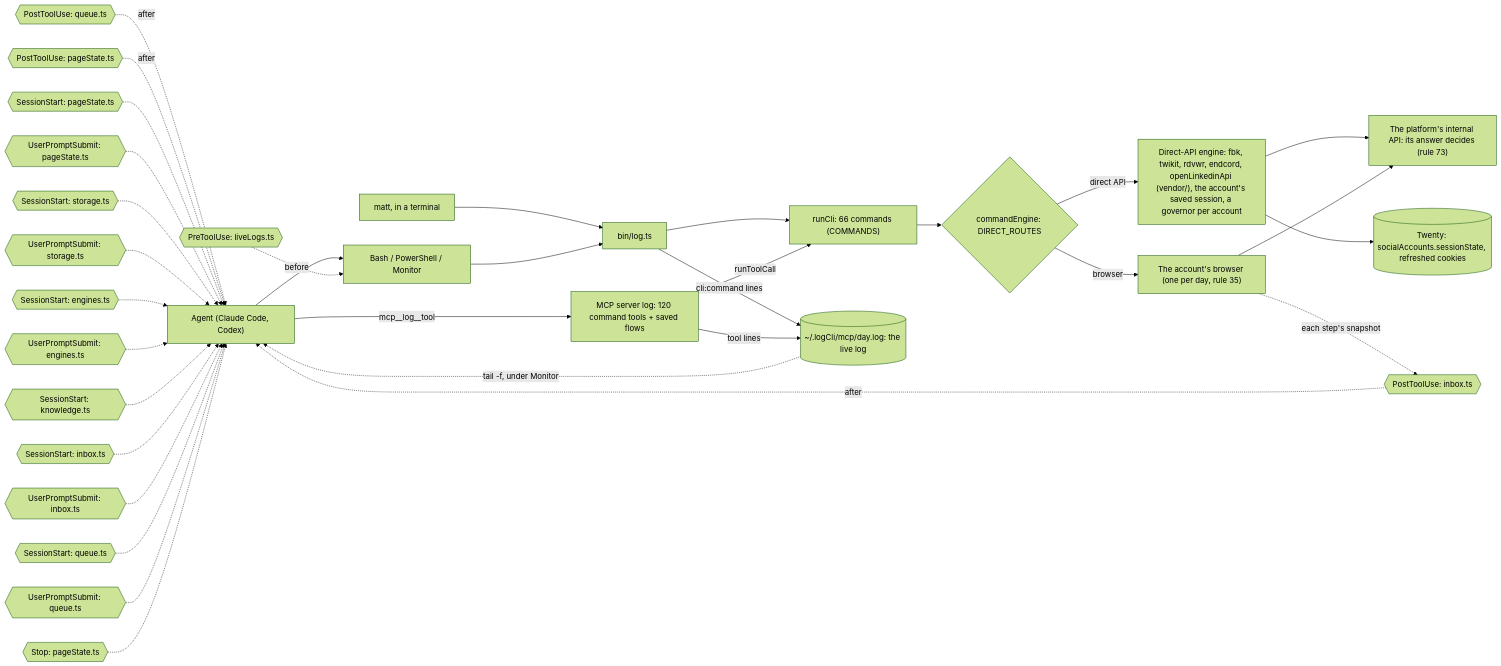
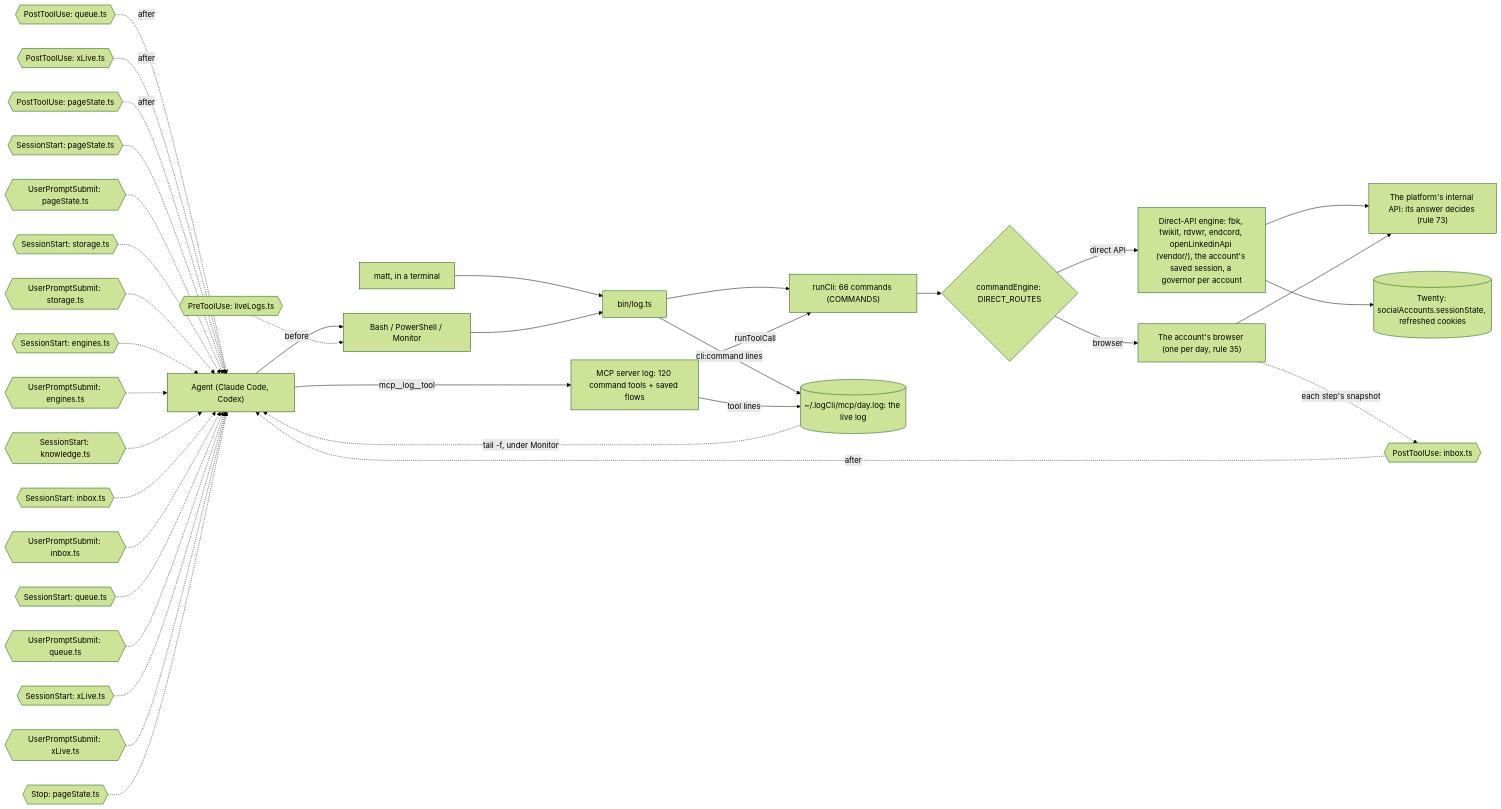
One commit to matthewdonsemail-lab/log changed the third of 6 diagrams in docs/reference.md. Above: the diagram before and after it, drawn with Mermaid (forest theme). The commit also changed other lines of this file and 25 other files, not shown here.

First line of the commit message:
feat: X's live client state reaches each Claude session through a hook (rule 115)

````diff
--- a/docs/reference.md
+++ b/docs/reference.md
@@ -146,47 +146,50 @@
 ```mermaid
 flowchart LR
   agent["Agent (Claude Code, Codex)"]
   matt["matt, in a terminal"]
   shell["Bash / PowerShell / Monitor"]
   mcp["MCP server log: 120 command tools + saved flows"]
   bin["bin/log.ts"]
   runCli["runCli: 66 commands (COMMANDS)"]
   live[("~/.logCli/mcp/day.log: the live log")]
   engine{"commandEngine: DIRECT_ROUTES"}
   direct["Direct-API engine: fbk, twikit, rdvwr, endcord, openLinkedinApi (vendor/), the account's saved session, a governor per account"]
   browser["The account's browser (one per day, rule 35)"]
   api["The platform's internal API: its answer decides (rule 73)"]
   twenty[("Twenty: socialAccounts.sessionState, refreshed cookies")]
   agent --> shell
   matt --> bin
   shell --> bin
   agent -->|mcp__log__tool| mcp
   bin --> runCli
   mcp -->|runToolCall| runCli
   runCli --> engine
   engine -->|direct API| direct
   engine -->|browser| browser
   direct --> api
   browser --> api
   direct --> twenty
   bin -->|cli:command lines| live
   mcp -->|tool lines| live
   live -.->|tail -f, under Monitor| agent
   pre0{{"PreToolUse: liveLogs.ts"}} -.->|before| shell
   post0{{"PostToolUse: inbox.ts"}} -.->|after| agent
   post1{{"PostToolUse: queue.ts"}} -.->|after| agent
-  post2{{"PostToolUse: pageState.ts"}} -.->|after| agent
+  post2{{"PostToolUse: xLive.ts"}} -.->|after| agent
+  post3{{"PostToolUse: pageState.ts"}} -.->|after| agent
   turn0{{"SessionStart: pageState.ts"}} -.-> agent
   turn1{{"UserPromptSubmit: pageState.ts"}} -.-> agent
   turn2{{"SessionStart: storage.ts"}} -.-> agent
   turn3{{"UserPromptSubmit: storage.ts"}} -.-> agent
   turn4{{"SessionStart: engines.ts"}} -.-> agent
   turn5{{"UserPromptSubmit: engines.ts"}} -.-> agent
   turn6{{"SessionStart: knowledge.ts"}} -.-> agent
   turn7{{"SessionStart: inbox.ts"}} -.-> agent
   turn8{{"UserPromptSubmit: inbox.ts"}} -.-> agent
   turn9{{"SessionStart: queue.ts"}} -.-> agent
   turn10{{"UserPromptSubmit: queue.ts"}} -.-> agent
-  turn11{{"Stop: pageState.ts"}} -.-> agent
+  turn11{{"SessionStart: xLive.ts"}} -.-> agent
+  turn12{{"UserPromptSubmit: xLive.ts"}} -.-> agent
+  turn13{{"Stop: pageState.ts"}} -.-> agent
   browser -.->|each step's snapshot| post0
 ```
````
